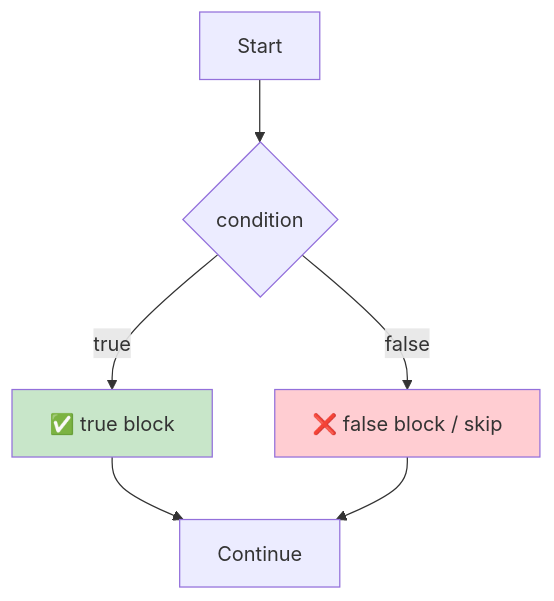
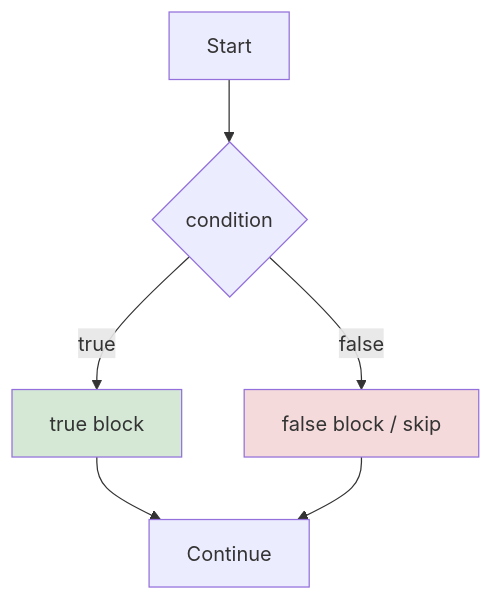
The first of 4 diagrams in src/Theory/03-Operators-and-Control-Statements/03-Conditional-Statements.md (kundankumarsharma56/Leaning-Java), drawn with Mermaid before and after one commit. The commit also changed other lines of this file and 84 other files, not shown here.

````diff
--- a/src/Theory/03-Operators-and-Control-Statements/03-Conditional-Statements.md
+++ b/src/Theory/03-Operators-and-Control-Statements/03-Conditional-Statements.md
@@ -21,10 +21,10 @@
 ```mermaid
 flowchart TD
     ST["Start"] --> C{"condition"}
-    C -->|true| T["✅ true block"]
-    C -->|false| F["❌ false block / skip"]
+    C -->|true| T["true block"]
+    C -->|false| F["false block / skip"]
     T --> E["Continue"]
     F --> E
-    style T fill:#c8e6c9
-    style F fill:#ffcdd2
+    style T fill:#d5e8d6
+    style F fill:#f4dada
 ```
````
